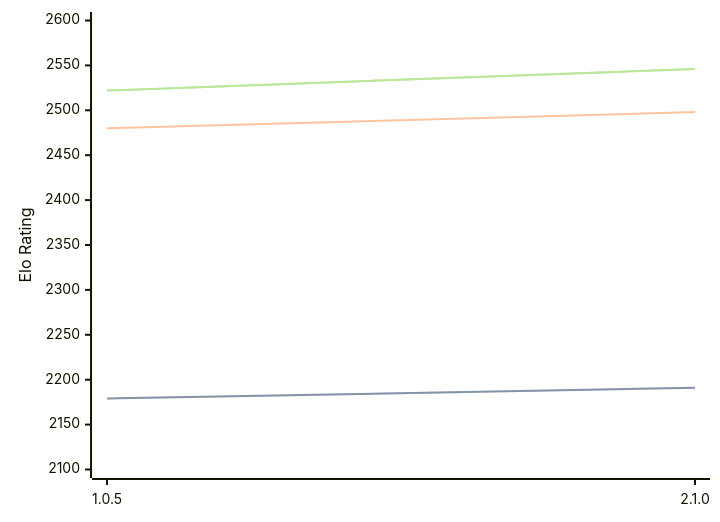
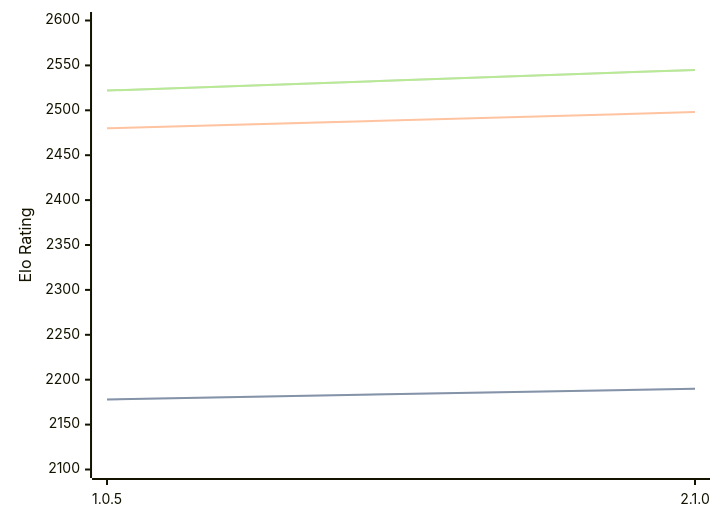
Before and after one commit to computer-chess-index/cci: the diagram in engines/Ruffian.md, drawn with Mermaid. The commit also changed other lines of this file, not shown here.

Commit message:
Update CCI Ratings (ELO VLTC) - 2026-04-28

````diff
--- a/engines/Ruffian.md
+++ b/engines/Ruffian.md
@@ -32,11 +32,11 @@
 ```mermaid
 %%{init: {"theme":"base","themeVariables":{"seriesColors:['#a3a3a3','#222221','#faa371']}}}%%
 xychart-beta
   x-axis ["1.0.5", "2.1.0"]
   y-axis "Elo Rating" 2100 --> 2600
-  line "STC (8.0+0.08s)" [2179, 2191]
-  line "STC (8.0+0.08s)" [2179, 2191]
+  line "STC (8.0+0.08s)" [2178, 2190]
+  line "STC (8.0+0.08s)" [2178, 2190]
   line "LTC (60.0+0.60s)" [2480, 2498]
-  line "VLTC (2m24s+1.12s)" [2522, 2546]
-  line "VLTC (2m24s+1.12s)" [2522, 2546]
+  line "VLTC (2m24s+1.12s)" [2522, 2545]
+  line "VLTC (2m24s+1.12s)" [2522, 2545]
 ```
````
